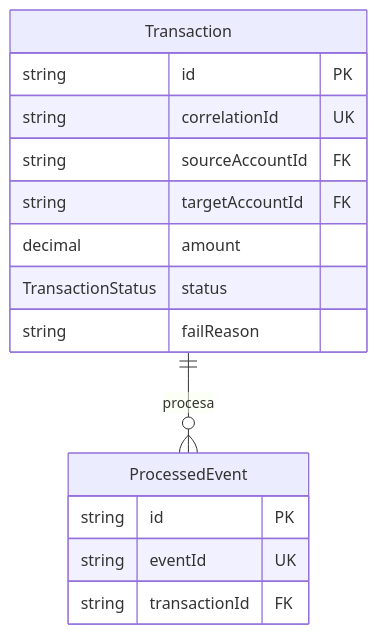
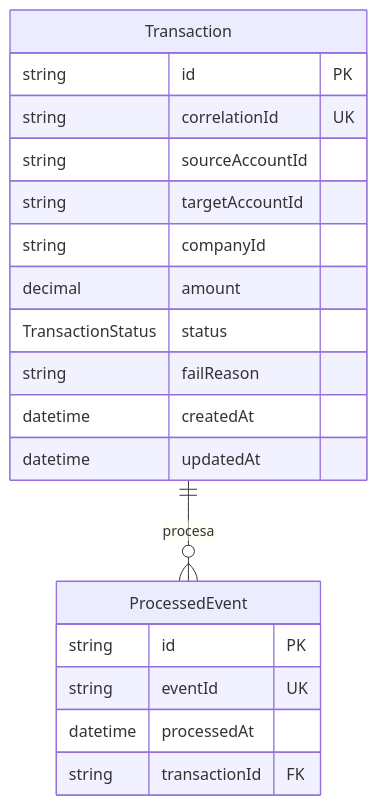
The third of 5 diagrams in Docs/domain/domain-model.md (GaryAlexAC/Proyecto-SA-B-11), drawn with Mermaid before and after one commit. The commit also changed other lines of this file, not shown here.

````diff
--- a/Docs/domain/domain-model.md
+++ b/Docs/domain/domain-model.md
@@ -70,18 +107,22 @@
 ```mermaid
 erDiagram
     Transaction {
         string id PK
         string correlationId UK
-        string sourceAccountId FK
-        string targetAccountId FK
+        string sourceAccountId
+        string targetAccountId
+        string companyId
         decimal amount
         TransactionStatus status
         string failReason
+        datetime createdAt
+        datetime updatedAt
     }
     ProcessedEvent {
         string id PK
         string eventId UK
+        datetime processedAt
         string transactionId FK
     }
     Transaction ||--o{ ProcessedEvent : "procesa"
 ```
````
